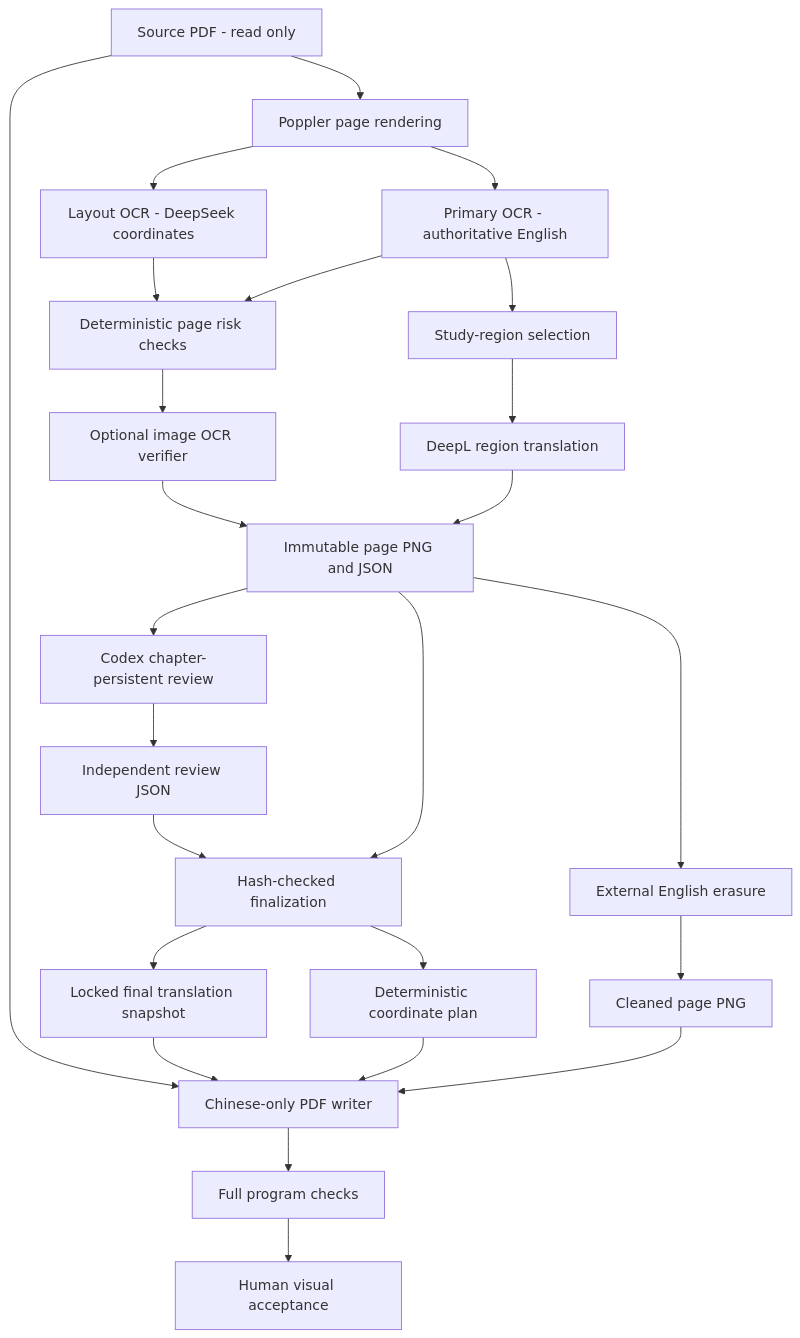
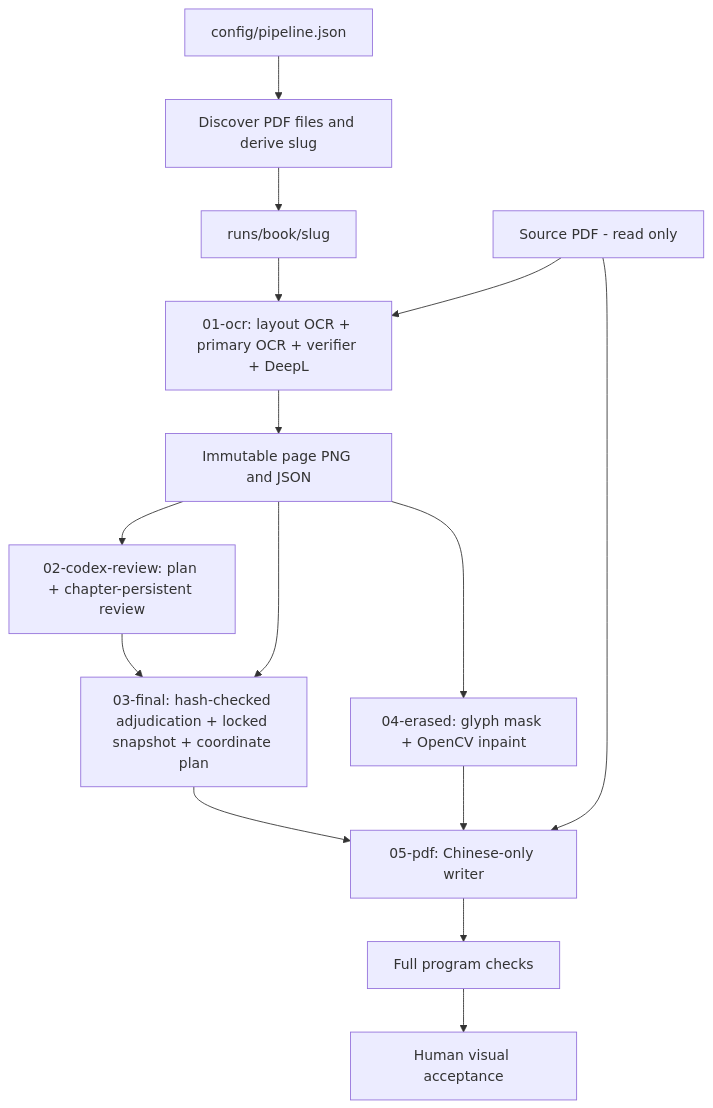
Before and after one commit to clannad2000/ocr-demo: the diagram in docs/ocr-pipeline.mmd, drawn with Mermaid. The commit also changed 33 other files, not shown here.

```diff
--- a/docs/ocr-pipeline.mmd
+++ b/docs/ocr-pipeline.mmd
@@ -1,25 +1,15 @@
 flowchart TD
-  PDF["Source PDF - read only"] --> R["Poppler page rendering"]
-  R --> LO["Layout OCR - DeepSeek coordinates"]
-  R --> PO["Primary OCR - authoritative English"]
-  LO --> DR["Deterministic page risk checks"]
-  PO --> DR
-  DR --> OV["Optional image OCR verifier"]
-  PO --> SEL["Study-region selection"]
-  SEL --> TR["DeepL region translation"]
-  OV --> PAGE["Immutable page PNG and JSON"]
-  TR --> PAGE
-  PAGE --> BOOK["Codex chapter-persistent review"]
-  BOOK --> DEC["Independent review JSON"]
-  DEC --> FINALIZE["Hash-checked finalization"]
-  PAGE --> FINALIZE
-  FINALIZE --> SNAP["Locked final translation snapshot"]
-  FINALIZE --> MAP["Deterministic coordinate plan"]
-  PAGE --> ERASE["External English erasure"]
-  ERASE --> CLEAN["Cleaned page PNG"]
-  PDF --> WRITE["Chinese-only PDF writer"]
-  SNAP --> WRITE
-  MAP --> WRITE
-  CLEAN --> WRITE
+  CFG["config/pipeline.json"] --> DISC["Discover PDF files and derive slug"]
+  DISC --> P["runs/book/slug"]
+  PDF["Source PDF - read only"] --> OCR["01-ocr: layout OCR + primary OCR + verifier + DeepL"]
+  P --> OCR
+  OCR --> PAGE["Immutable page PNG and JSON"]
+  PAGE --> REVIEW["02-codex-review: plan + chapter-persistent review"]
+  REVIEW --> FINAL["03-final: hash-checked adjudication + locked snapshot + coordinate plan"]
+  PAGE --> FINAL
+  PAGE --> ERASE["04-erased: glyph mask + OpenCV inpaint"]
+  FINAL --> WRITE["05-pdf: Chinese-only writer"]
+  ERASE --> WRITE
+  PDF --> WRITE
   WRITE --> PQA["Full program checks"]
   PQA --> HV["Human visual acceptance"]
```
